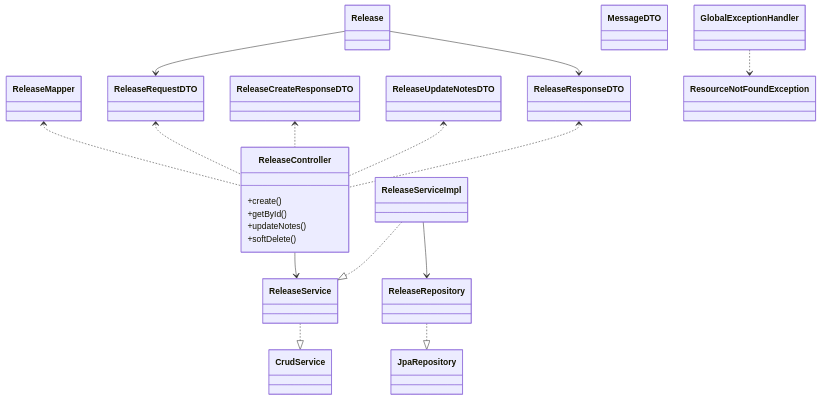
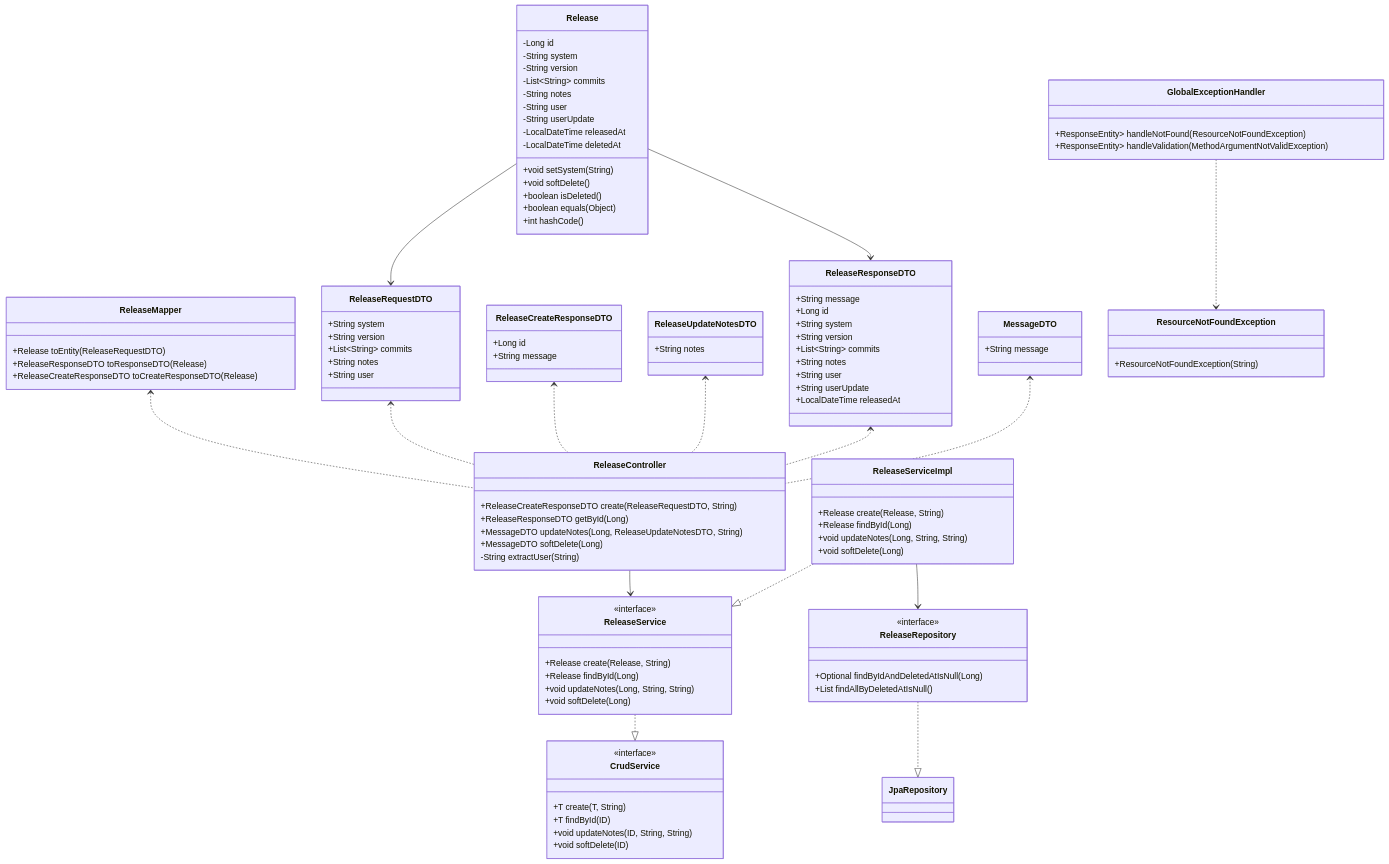
Before and after one commit to DarieldonMedeiros/releases: the diagram in README.md, drawn with Mermaid. The commit also changed other lines of this file, not shown here.

Commit message:
Fix typos and improve README formatting
Updated the README to correct typos, improve formatting, and enhance clarity in section titles and descriptions.

````diff
--- a/README.md
+++ b/README.md
@@ -38,36 +36,111 @@
 ```mermaid
 classDiagram
-  class ReleaseController {
-    +create()
-    +getById()
-    +updateNotes()
-    +softDelete()
-  }
-  class ReleaseServiceImpl
-  class ReleaseService
-  class CrudService
-  class ReleaseRepository
-  class Release
-  class ReleaseRequestDTO
-  class ReleaseResponseDTO
-  class ReleaseCreateResponseDTO
-  class MessageDTO
-  class ReleaseUpdateNotesDTO
-  class ReleaseMapper
-  class GlobalExceptionHandler
-  class ResourceNotFoundException
 
-  ReleaseController --> ReleaseService
-  ReleaseServiceImpl ..|> ReleaseService
-  ReleaseServiceImpl --> ReleaseRepository
-  ReleaseRepository ..|> JpaRepository
-  ReleaseService ..|> CrudService
-  ReleaseMapper <.. ReleaseController
-  ReleaseRequestDTO <.. ReleaseController
-  ReleaseCreateResponseDTO <.. ReleaseController
-  ReleaseUpdateNotesDTO <.. ReleaseController
-  ReleaseResponseDTO <.. ReleaseController
-  Release --> ReleaseRequestDTO
-  Release --> ReleaseResponseDTO
-  GlobalExceptionHandler ..> ResourceNotFoundException
+%% Records
+class ReleaseRequestDTO {
+  +String system
+  +String version
+  +List~String~ commits
+  +String notes
+  +String user
+}
+class ReleaseResponseDTO {
+  +String message
+  +Long id
+  +String system
+  +String version
+  +List~String~ commits
+  +String notes
+  +String user
+  +String userUpdate
+  +LocalDateTime releasedAt
+}
+class ReleaseUpdateNotesDTO {
+  +String notes
+}
+class ReleaseCreateResponseDTO {
+  +Long id
+  +String message
+}
+class MessageDTO {
+  +String message
+}
+
+%% Classes
+class Release {
+  -Long id
+  -String system
+  -String version
+  -List~String~ commits
+  -String notes
+  -String user
+  -String userUpdate
+  -LocalDateTime releasedAt
+  -LocalDateTime deletedAt
+  +void setSystem(String)
+  +void softDelete()
+  +boolean isDeleted()
+  +boolean equals(Object)
+  +int hashCode()
+}
+class ReleaseController {
+  +ReleaseCreateResponseDTO create(ReleaseRequestDTO, String)
+  +ReleaseResponseDTO getById(Long)
+  +MessageDTO updateNotes(Long, ReleaseUpdateNotesDTO, String)
+  +MessageDTO softDelete(Long)
+  -String extractUser(String)
+}
+class ReleaseService {
+  <<interface>>
+  +Release create(Release, String)
+  +Release findById(Long)
+  +void updateNotes(Long, String, String)
+  +void softDelete(Long)
+}
+class CrudService {
+  <<interface>>
+  +T create(T, String)
+  +T findById(ID)
+  +void updateNotes(ID, String, String)
+  +void softDelete(ID)
+}
+class ReleaseServiceImpl {
+  +Release create(Release, String)
+  +Release findById(Long)
+  +void updateNotes(Long, String, String)
+  +void softDelete(Long)
+}
+class ReleaseRepository {
+  <<interface>>
+  +Optional<Release> findByIdAndDeletedAtIsNull(Long)
+  +List<Release> findAllByDeletedAtIsNull()
+}
+class ReleaseMapper {
+  +Release toEntity(ReleaseRequestDTO)
+  +ReleaseResponseDTO toResponseDTO(Release)
+  +ReleaseCreateResponseDTO toCreateResponseDTO(Release)
+}
+class GlobalExceptionHandler {
+  +ResponseEntity<Map<String,String>> handleNotFound(ResourceNotFoundException)
+  +ResponseEntity<Map<String,Object>> handleValidation(MethodArgumentNotValidException)
+}
+class ResourceNotFoundException {
+  +ResourceNotFoundException(String)
+}
+
+%% Relações
+ReleaseController --> ReleaseService
+ReleaseServiceImpl ..|> ReleaseService
+ReleaseService ..|> CrudService
+ReleaseServiceImpl --> ReleaseRepository
+ReleaseRepository ..|> JpaRepository
+ReleaseMapper <.. ReleaseController
+ReleaseRequestDTO <.. ReleaseController
+ReleaseCreateResponseDTO <.. ReleaseController
+ReleaseUpdateNotesDTO <.. ReleaseController
+ReleaseResponseDTO <.. ReleaseController
+MessageDTO <.. ReleaseController
+Release --> ReleaseRequestDTO
+Release --> ReleaseResponseDTO
+GlobalExceptionHandler ..> ResourceNotFoundException
 ```
````
